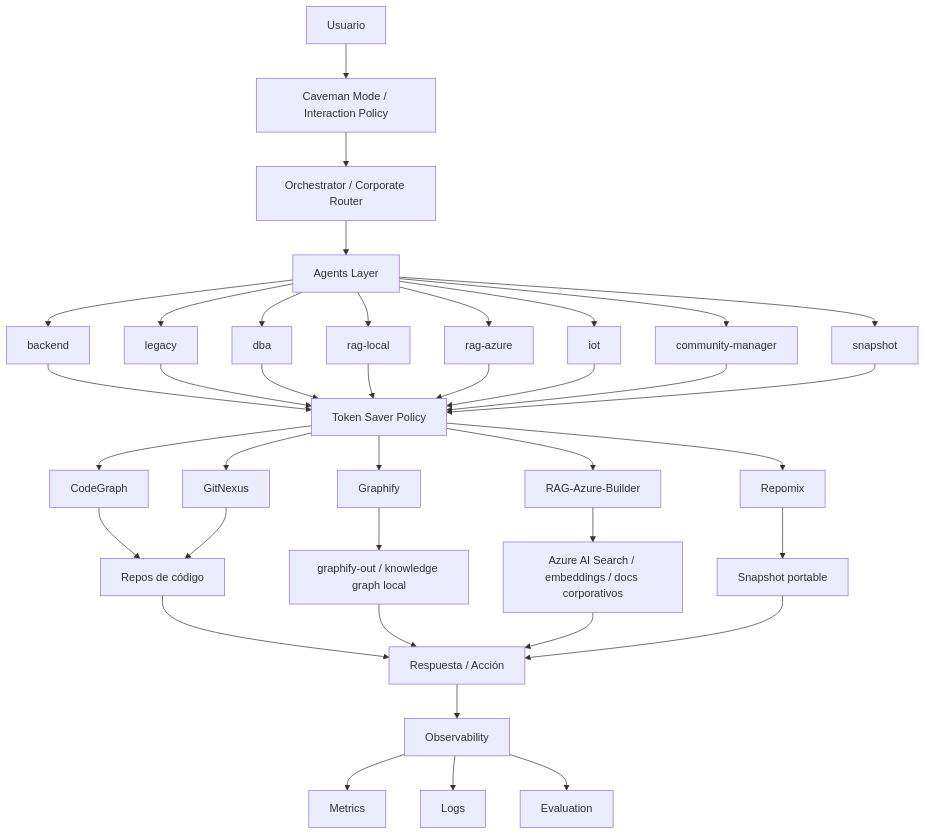
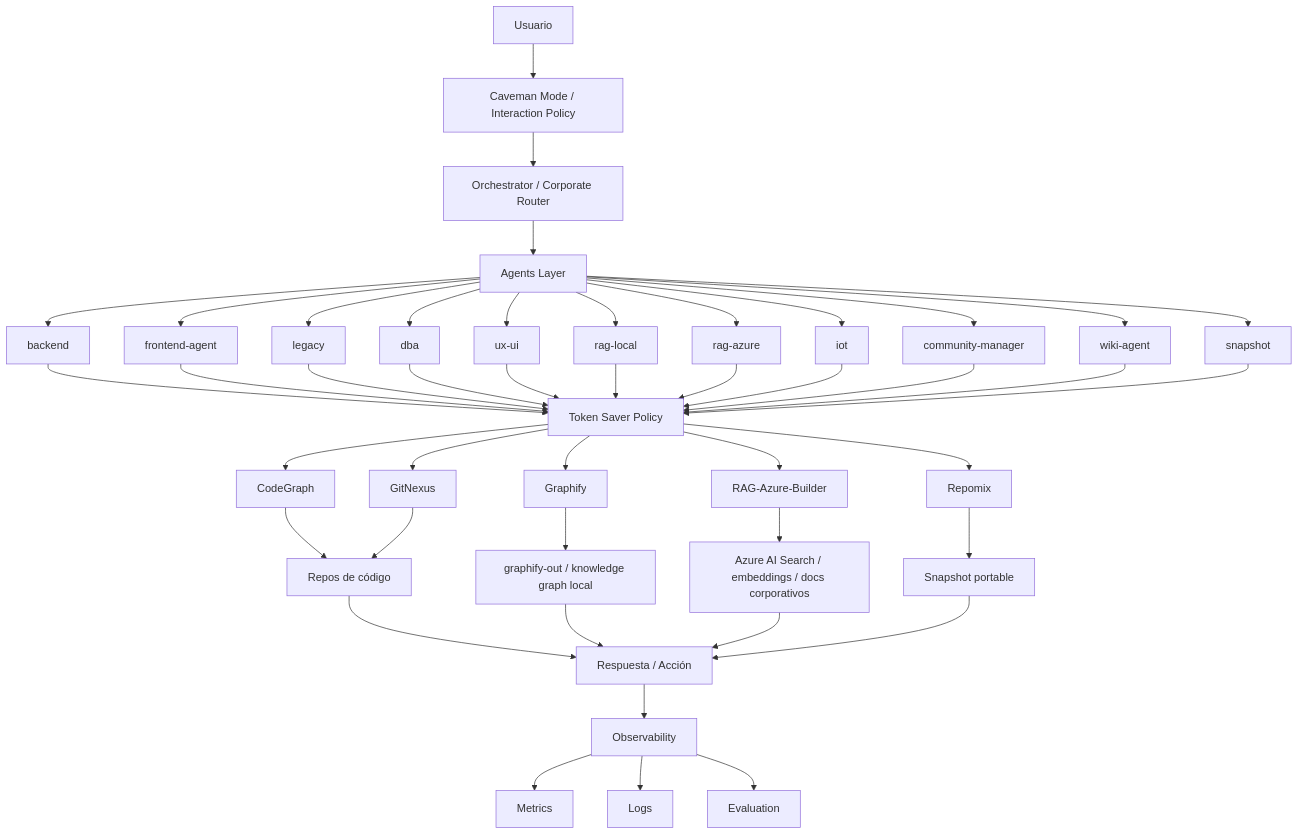
One commit to Sertxito/mcp-efficiency-engine changed the diagram in ARCHITECTURE.md. Above: the diagram before and after it, drawn with Mermaid. The commit also changed other lines of this file and 3 other files, not shown here.

Commit message:
docs: align architecture/routing and npm install guidance

````diff
--- a/ARCHITECTURE.md
+++ b/ARCHITECTURE.md
@@ -3,46 +3,52 @@
 ```mermaid
 flowchart TD
     U[Usuario] --> CM[Caveman Mode / Interaction Policy]
     CM --> O[Orchestrator / Corporate Router]
     O --> A[Agents Layer]
 
     A --> DEV[backend]
+    A --> FE[frontend-agent]
     A --> LEG[legacy]
     A --> DBA[dba]
+    A --> UX[ux-ui]
     A --> RAG[rag-local]
     A --> AZ[rag-azure]
     A --> IOT[iot]
     A --> COM[community-manager]
+    A --> WIKI[wiki-agent]
     A --> SNAP[snapshot]
 
     DEV --> TS[Token Saver Policy]
+    FE --> TS
     LEG --> TS
     DBA --> TS
+    UX --> TS
     RAG --> TS
     AZ --> TS
     IOT --> TS
     COM --> TS
+    WIKI --> TS
     SNAP --> TS
 
     TS --> CG[CodeGraph]
     TS --> GN[GitNexus]
     TS --> GF[Graphify]
     TS --> AZRAG[RAG-Azure-Builder]
     TS --> RPM[Repomix]
 
     CG --> CODE[Repos de código]
     GN --> CODE
     GF --> KG[graphify-out / knowledge graph local]
     AZRAG --> AIS[Azure AI Search / embeddings / docs corporativos]
     RPM --> SNAPOUT[Snapshot portable]
 
     CODE --> RESP[Respuesta / Acción]
     KG --> RESP
     AIS --> RESP
     SNAPOUT --> RESP
 
     RESP --> OBS[Observability]
     OBS --> MET[Metrics]
     OBS --> LOGS[Logs]
     OBS --> EVAL[Evaluation]
 ```
````
